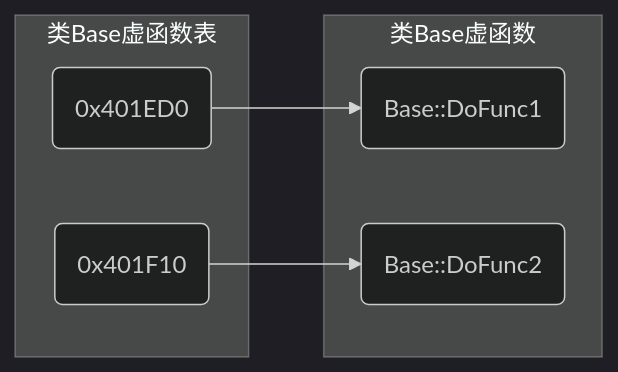
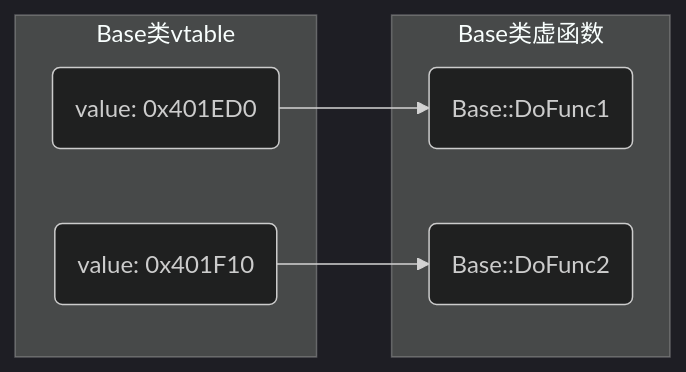
The second of 3 diagrams in _posts/language/c_c++/c++/OOP/2024-11-01-面向对象.md (dmjcb/dmjcb.github.io), drawn with Mermaid (dark theme) before and after one commit. The commit also changed other lines of this file and 17 other files, not shown here.

````diff
--- a/_posts/language/c_c++/c++/OOP/2024-11-01-面向对象.md
+++ b/_posts/language/c_c++/c++/OOP/2024-11-01-面向对象.md
@@ -300,14 +467,13 @@
 ```mermaid
 graph LR
-    subgraph 类Base虚函数
-        A(Base::DoFunc1) 
+    subgraph Base类虚函数
+        A(Base::DoFunc1)
         B(Base::DoFunc2)
     end
-
-    subgraph 类Base虚函数表
-        C(0x401ED0)
-        D(0x401F10)
+    subgraph Base类vtable
+        C(value: 0x401ED0)
+        D(value: 0x401F10)
         C-->A
         D-->B
     end
 ```
````
